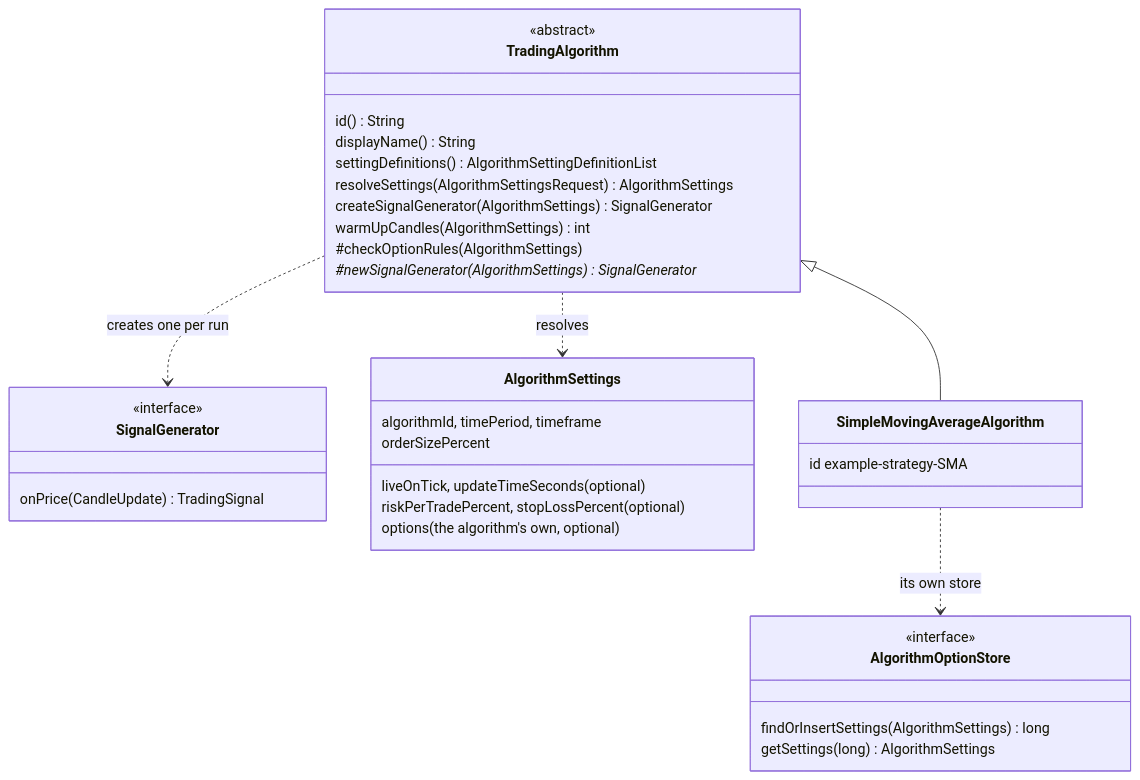
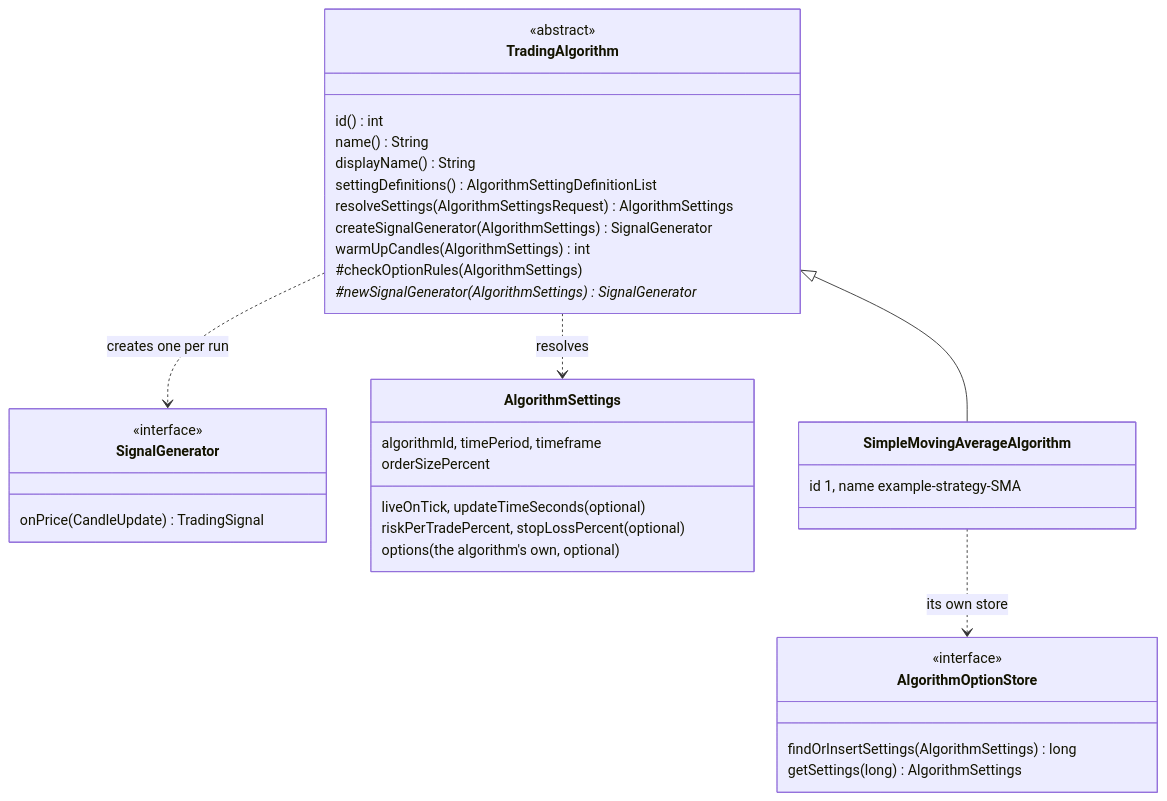
One commit to ShadowOfDiablo/t212-coding-task changed diagram 25 of 28 in docs/ARCHITECTURE.md. Above: the diagram before and after it, drawn with Mermaid. The commit also changed other lines of this file and 17 other files, not shown here.

````diff
--- a/docs/ARCHITECTURE.md
+++ b/docs/ARCHITECTURE.md
@@ -1089,37 +1089,38 @@
 ```mermaid
 classDiagram
     class TradingAlgorithm {
         <<abstract>>
-        id() String
+        id() int
+        name() String
         displayName() String
         settingDefinitions() AlgorithmSettingDefinitionList
         resolveSettings(AlgorithmSettingsRequest) AlgorithmSettings
         createSignalGenerator(AlgorithmSettings) SignalGenerator
         warmUpCandles(AlgorithmSettings) int
         #checkOptionRules(AlgorithmSettings)
         #newSignalGenerator(AlgorithmSettings)* SignalGenerator
     }
     class SignalGenerator {
         <<interface>>
         onPrice(CandleUpdate) TradingSignal
     }
     class AlgorithmSettings {
         algorithmId, timePeriod, timeframe
         liveOnTick, updateTimeSeconds (optional)
         orderSizePercent
         riskPerTradePercent, stopLossPercent (optional)
         options (the algorithm's own, optional)
     }
     class AlgorithmOptionStore {
         <<interface>>
         findOrInsertSettings(AlgorithmSettings) long
         getSettings(long) AlgorithmSettings
     }
     class SimpleMovingAverageAlgorithm {
-        id example-strategy-SMA
+        id 1, name example-strategy-SMA
     }
     TradingAlgorithm <|-- SimpleMovingAverageAlgorithm
     TradingAlgorithm ..> SignalGenerator : creates one per run
     TradingAlgorithm ..> AlgorithmSettings : resolves
     SimpleMovingAverageAlgorithm ..> AlgorithmOptionStore : its own store
 ```
````
